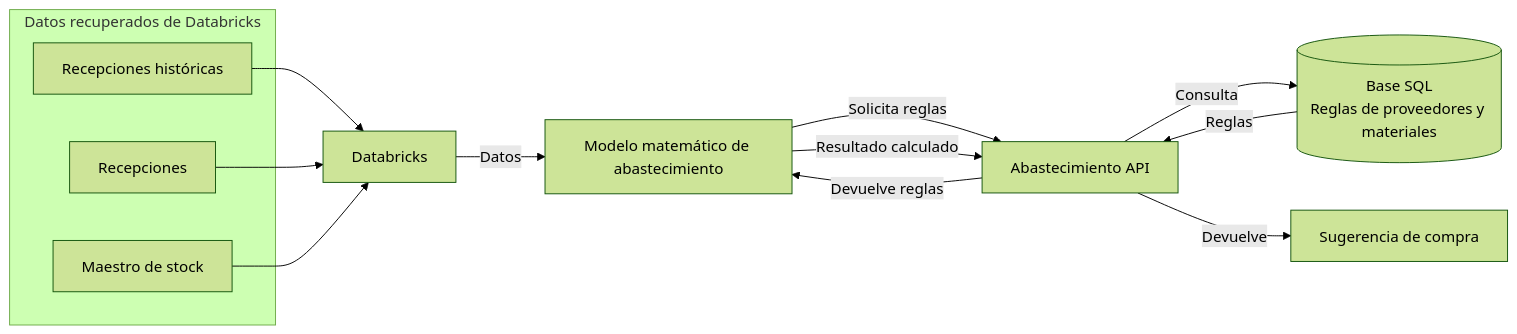
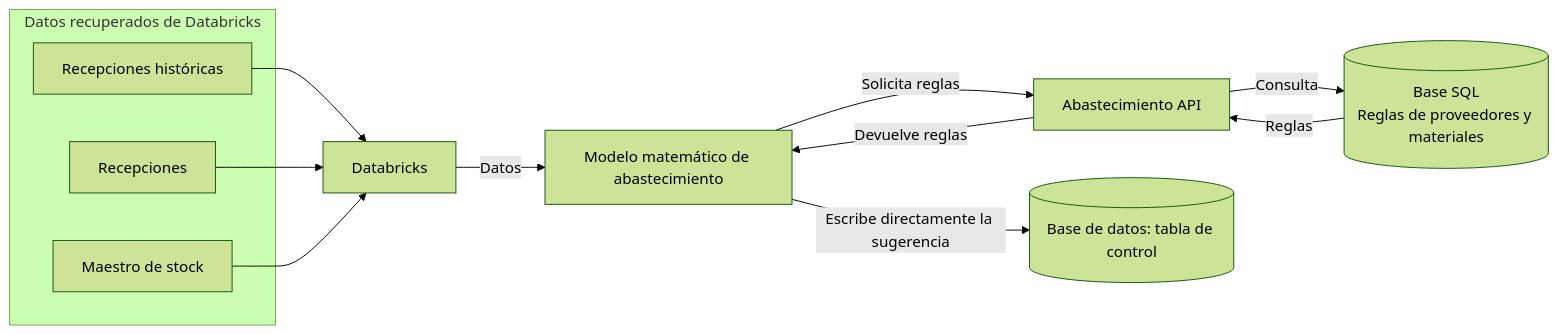
One commit to eblasiAndreani/workspace-operativo changed the second of 3 diagrams in diagrams/abastecimiento-actual.md. Above: the diagram before and after it, drawn with Mermaid (forest theme). The commit also changed other lines of this file and 3 other files, not shown here.

````diff
--- a/diagrams/abastecimiento-actual.md
+++ b/diagrams/abastecimiento-actual.md
@@ -44,24 +46,23 @@
 ```mermaid
 flowchart LR
     subgraph DATABRICKS[Datos recuperados de Databricks]
         RH[Recepciones históricas]
         RE[Recepciones]
         ST[Maestro de stock]
     end
     DB[Databricks]
     MOD[Modelo matemático de abastecimiento]
     ABA[Abastecimiento API]
     SQL[(Base SQL\nReglas de proveedores y materiales)]
-    SUG[Sugerencia de compra]
+    CTRL[(Base de datos: tabla de control)]
 
     RH --> DB
     RE --> DB
     ST --> DB
     DB -->|Datos| MOD
     MOD -->|Solicita reglas| ABA
     ABA -->|Consulta| SQL
     SQL -->|Reglas| ABA
     ABA -->|Devuelve reglas| MOD
-    MOD -->|Resultado calculado| ABA
-    ABA -->|Devuelve| SUG
+    MOD -->|Escribe directamente la sugerencia| CTRL
 ```
````
